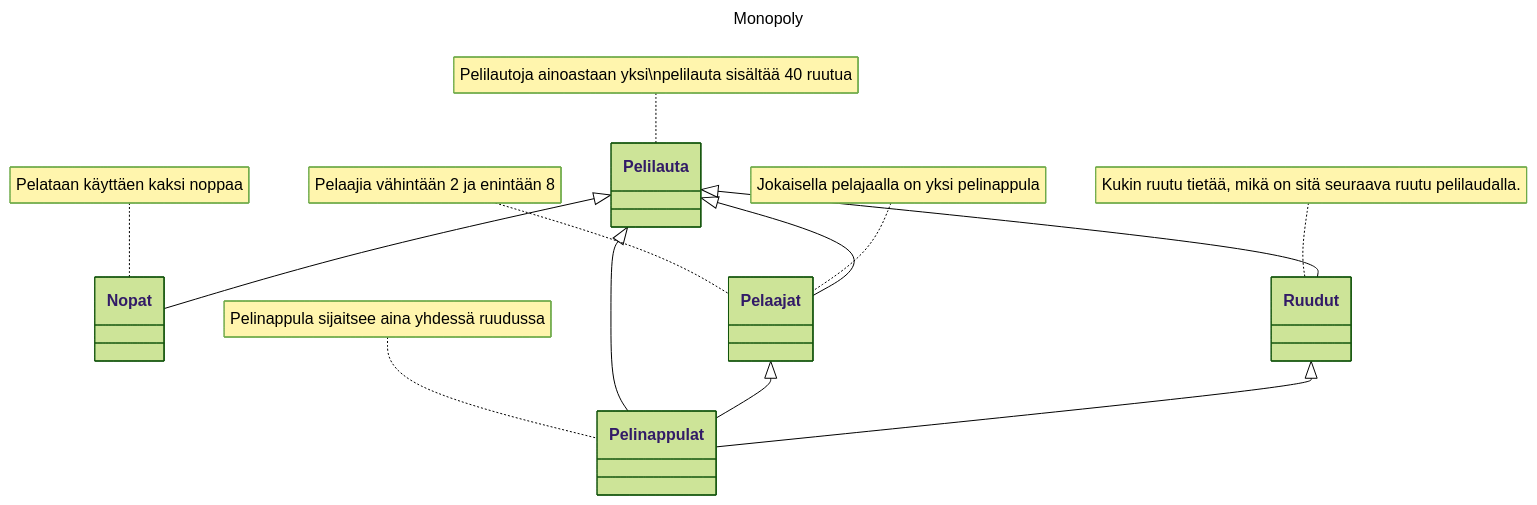
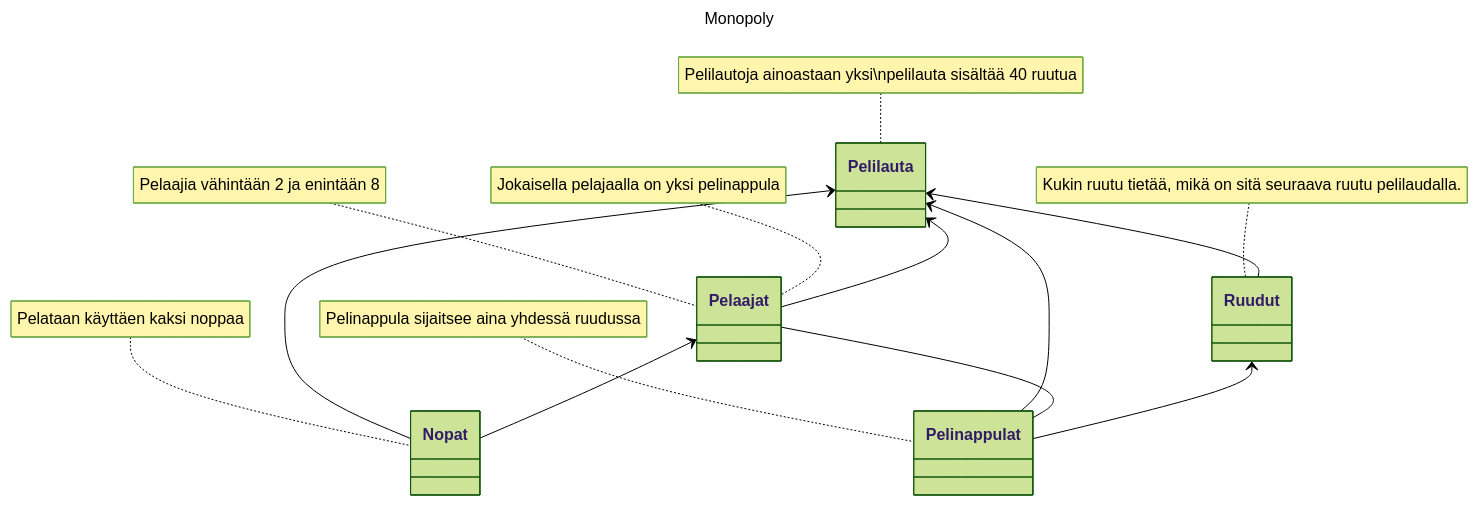
Before and after one commit to Yusuboy/TODO-APP: the diagram in laskarit/viikko3/monopoli.md, drawn with Mermaid (forest theme).

Commit message:
Tehtiin muutoksia monopoli kaavioon

````diff
--- a/laskarit/viikko3/monopoli.md
+++ b/laskarit/viikko3/monopoli.md
@@ -2,20 +2,21 @@
 ```mermaid
 ---
 title: Monopoly
 ---
 classDiagram
 
-    Pelilauta <|-- Nopat
+    Pelilauta <-- Nopat
+    Pelaajat <-- Nopat
     note for Nopat "Pelataan käyttäen kaksi noppaa"
-    Pelilauta <|-- Pelaajat
+    Pelilauta <-- Pelaajat
     note for Pelaajat "Pelaajia vähintään 2 ja enintään 8"
     note for Pelaajat "Jokaisella pelajaalla on yksi pelinappula"
-    Pelilauta <|-- Ruudut
+    Pelilauta <-- Ruudut
     note for Pelilauta "Pelilautoja ainoastaan yksi\npelilauta sisältää 40 ruutua"
     note for Ruudut "Kukin ruutu tietää, mikä on sitä seuraava ruutu pelilaudalla."
-    Pelilauta <|-- Pelinappulat
+    Pelilauta <-- Pelinappulat
     note for Pelinappulat "Pelinappula sijaitsee aina yhdessä ruudussa"
-    Pelaajat  <|-- Pelinappulat
-    Ruudut    <|-- Pelinappulat
+    Pelaajat  -- Pelinappulat
+    Ruudut    <-- Pelinappulat
     
 ```
````
